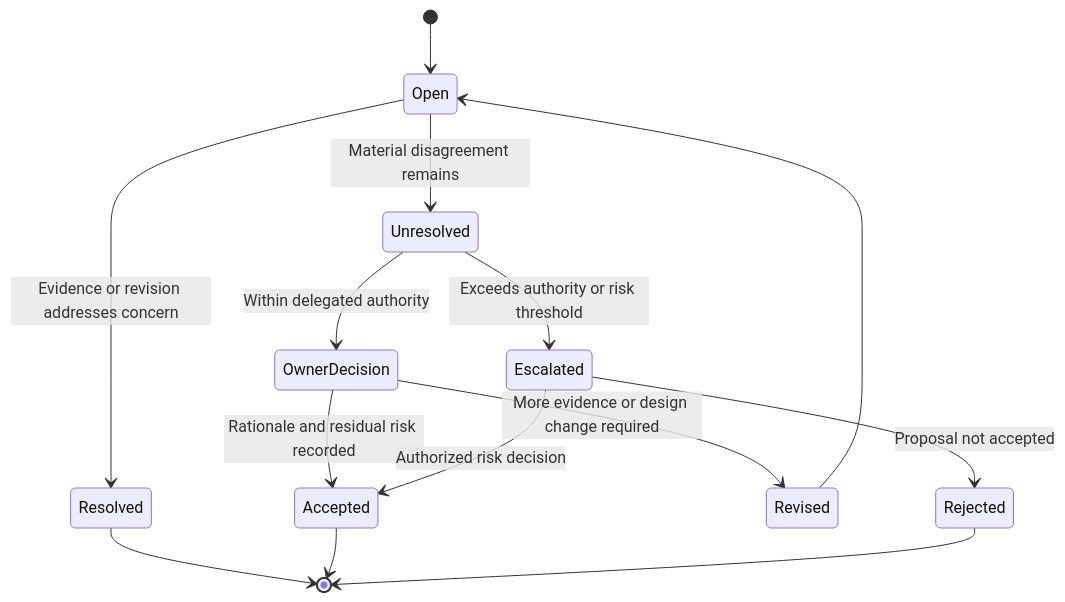
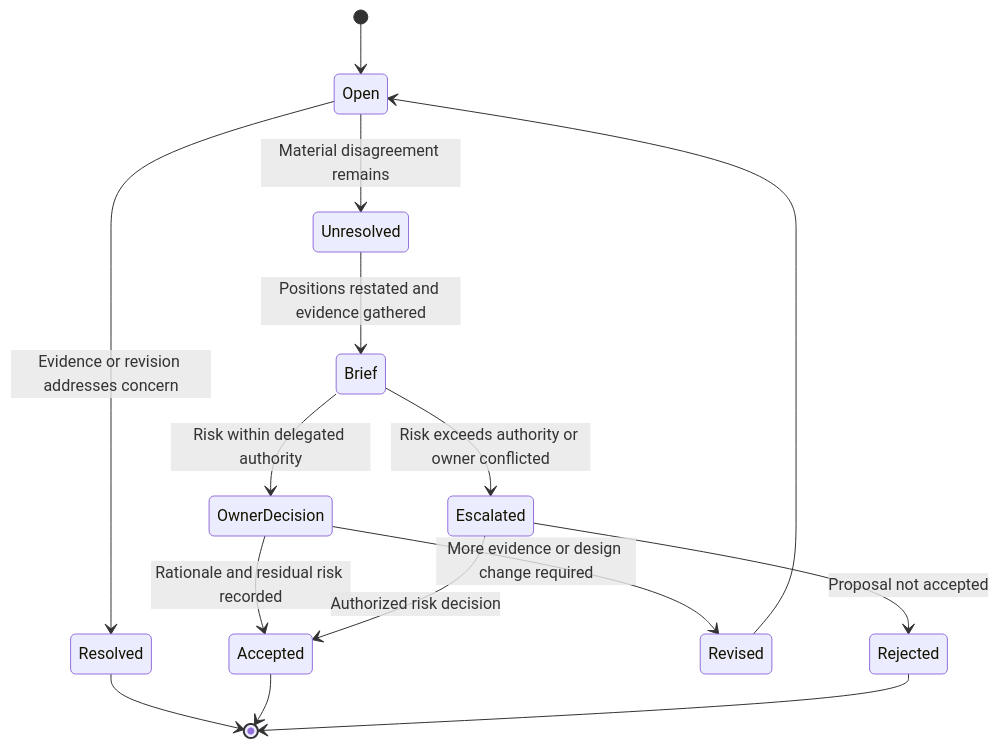
Before and after one commit to joydasss/Architect: the seventh of 10 diagrams in 21_Architecture_Documentation/CH04_RFC_Request_for_Comments.md, drawn with Mermaid. The commit also changed other lines of this file and 22 other files, not shown here.

Commit message:
Architecture changes

````diff
--- a/21_Architecture_Documentation/CH04_RFC_Request_for_Comments.md
+++ b/21_Architecture_Documentation/CH04_RFC_Request_for_Comments.md
@@ -88,16 +556,17 @@
 ```mermaid
 stateDiagram-v2
     [*] --> Open
     Open --> Resolved: Evidence or revision addresses concern
     Open --> Unresolved: Material disagreement remains
-    Unresolved --> OwnerDecision: Within delegated authority
-    Unresolved --> Escalated: Exceeds authority or risk threshold
+    Unresolved --> Brief: Positions restated and evidence gathered
+    Brief --> OwnerDecision: Risk within delegated authority
+    Brief --> Escalated: Risk exceeds authority or owner conflicted
     OwnerDecision --> Accepted: Rationale and residual risk recorded
     OwnerDecision --> Revised: More evidence or design change required
     Escalated --> Accepted: Authorized risk decision
     Escalated --> Rejected: Proposal not accepted
     Revised --> Open
     Resolved --> [*]
     Accepted --> [*]
     Rejected --> [*]
 ```
````
